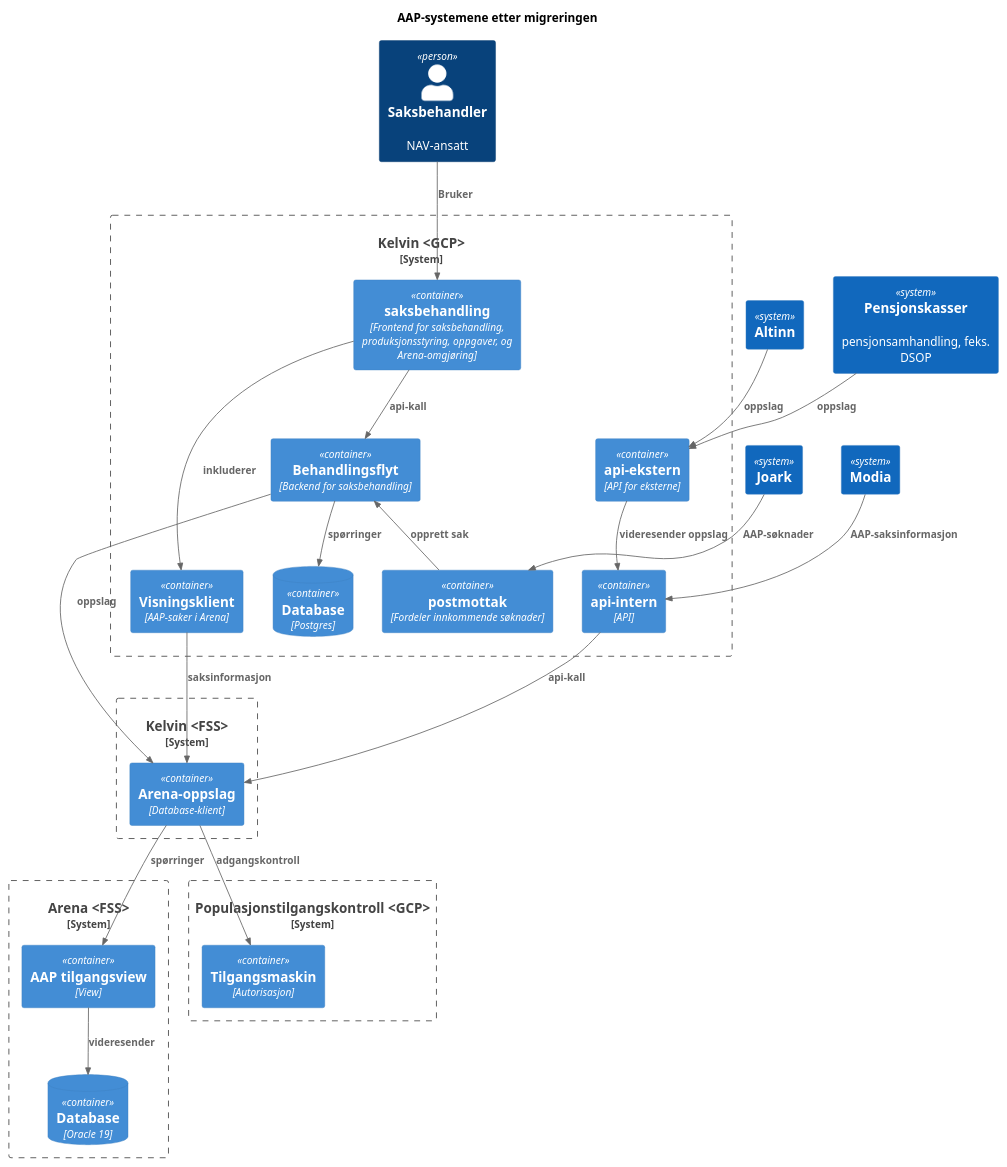
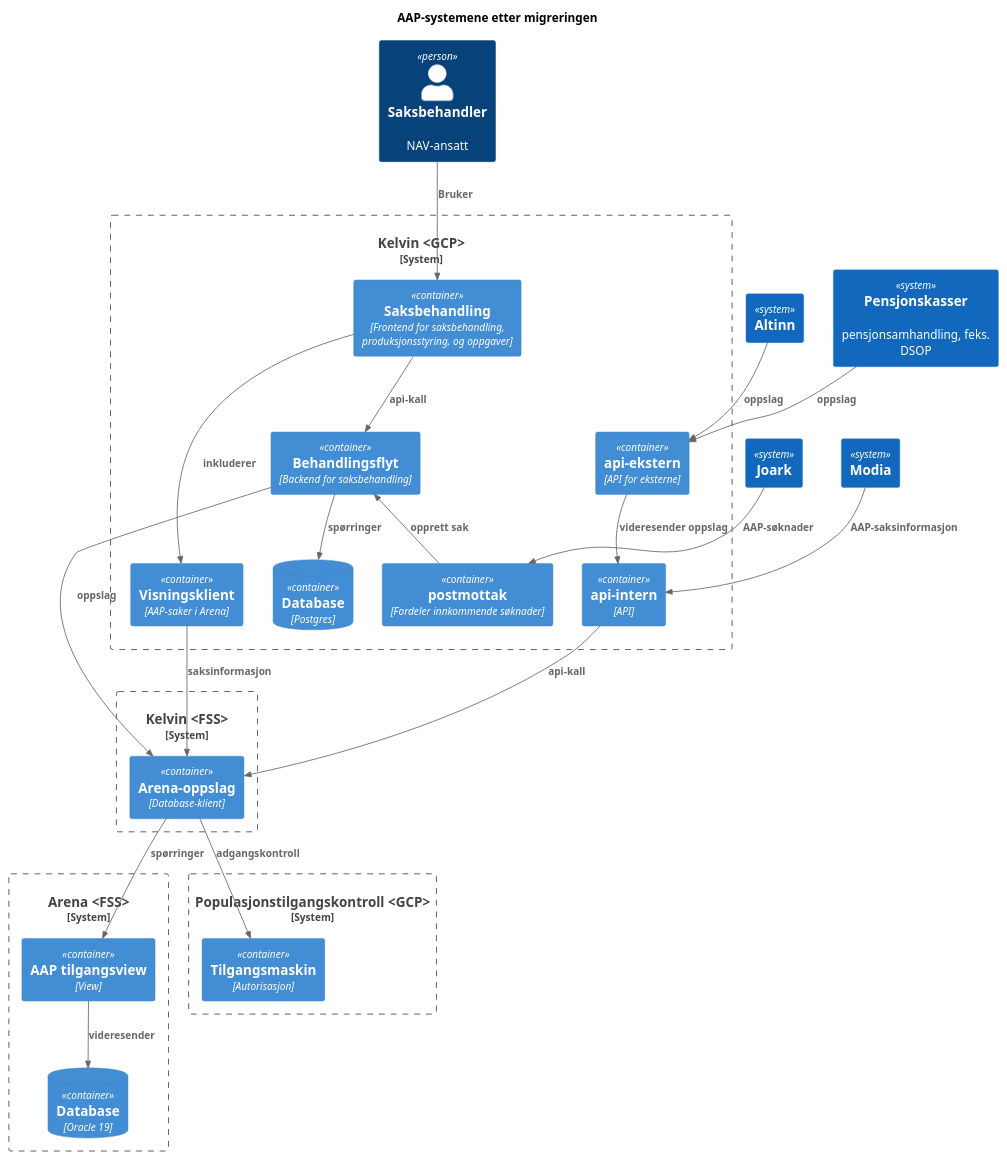
The diagram in docs/component_overview_after.plantuml (navikt/aap-arenaoppslag), drawn with PlantUML before and after one commit.

Commit message:
korriger tekst

```diff
--- a/docs/component_overview_after.plantuml
+++ b/docs/component_overview_after.plantuml
@@ -1,65 +1,65 @@
 @startuml
 !include https://raw.githubusercontent.com/plantuml-stdlib/C4-PlantUML/master/C4_Container.puml
 title AAP-systemene etter migreringen
 
 System(joark, "Joark")
 System(altinn, "Altinn")
 System(pensjonkasser, "Pensjonskasser", "pensjonsamhandling, feks. DSOP")
 System(modia, "Modia", "")
 Person(saksbehandler, "Saksbehandler", "NAV-ansatt")
 
 System_Boundary(kelvin, "Kelvin <GCP>") {
     together {
         Container(postmottak, "postmottak", "Fordeler innkommende søknader")
-        Container(saksbehandling_kelvin, "saksbehandling", "Frontend for saksbehandling, produksjonsstyring, oppgaver, og Arena-omgjøring")
+        Container(saksbehandling_kelvin, "Saksbehandling", "Frontend for saksbehandling, produksjonsstyring, og oppgaver")
         Container(behandlingsflyt, "Behandlingsflyt", "Backend for saksbehandling")
         ContainerDb(kelvin_db, "Database", "Postgres")
         Container(visningsklient, "Visningsklient", "AAP-saker i Arena")
     }
     together {
         Container(api_ekstern, "api-ekstern", "API for eksterne")
         Container(api_intern, "api-intern", "API")
     }
     Rel_D(api_ekstern, api_intern, "videresender oppslag")
     Rel(saksbehandling_kelvin, behandlingsflyt, "api-kall")
     Rel(behandlingsflyt, kelvin_db, "spørringer")
     Rel(modia, api_intern, "AAP-saksinformasjon")
 
     Rel(postmottak, behandlingsflyt, "opprett sak")
 }
 
 System_Boundary(arena, "Arena <FSS>") {
     ContainerDb(arena_db, "Database", "Oracle 19")
     Container(aap_tilgangsview, "AAP tilgangsview", "View")
     Rel(aap_tilgangsview, arena_db, "videresender")
 }
 
 System_Boundary(kelvin_fss, "Kelvin <FSS>") {
     Container(arena_oppslag, "Arena-oppslag", "Database-klient")
 
 
     Rel(arena_oppslag, aap_tilgangsview, "spørringer")
 
     Rel(api_intern, arena_oppslag, "api-kall")
 }
 
 System_Boundary(tilgangsmaskin_gcp, "Populasjonstilgangskontroll <GCP>") {
     Container(tilgangsmaskin, "Tilgangsmaskin", "Autorisasjon")
     Rel(arena_oppslag, tilgangsmaskin, "adgangskontroll")
 }
 
 Rel(pensjonkasser, api_ekstern, "oppslag")
 Rel(joark, postmottak, "AAP-søknader")
 Rel(altinn, api_ekstern, "oppslag")
 
 Rel(visningsklient, arena_oppslag, "saksinformasjon")
 Rel(behandlingsflyt, arena_oppslag, "oppslag")
 
 Rel(saksbehandler, saksbehandling_kelvin, "Bruker")
 Rel(saksbehandling_kelvin, visningsklient, "inkluderer")
 
 Lay_L(postmottak, saksbehandling_kelvin)
 Lay_U(kelvin_db, behandlingsflyt)
 Lay_R(visningsklient, api_intern)
 Lay_R(saksbehandling_kelvin, api_ekstern)
 @enduml
```
